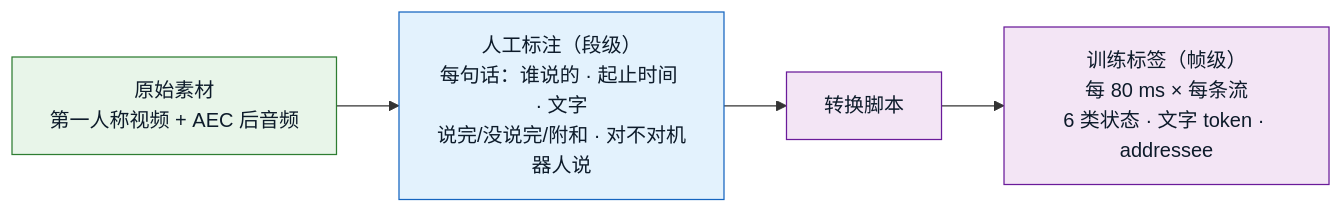
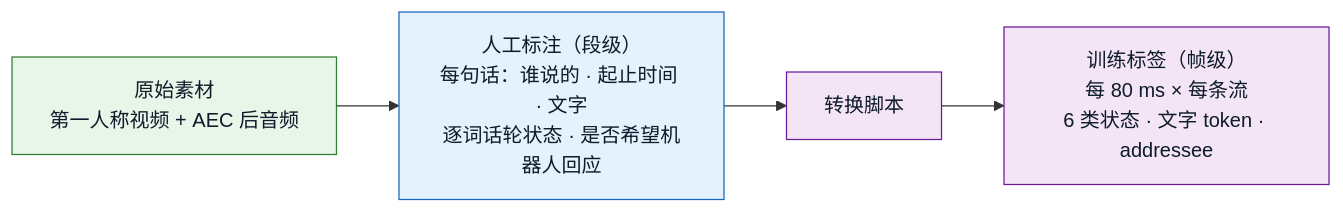
The first of 3 diagrams in AV-SemanticVAD/docs/plan/dataset.md (yutian929/SemanticVAD), drawn with Mermaid before and after one commit. The commit also changed other lines of this file and 1 other file, not shown here.

````diff
--- a/AV-SemanticVAD/docs/plan/dataset.md
+++ b/AV-SemanticVAD/docs/plan/dataset.md
@@ -31,9 +33,9 @@
 ```mermaid
 flowchart LR
     classDef raw fill:#e8f5e9,stroke:#2e7d32,color:#0d1b2a;
     classDef ann fill:#e3f2fd,stroke:#1565c0,color:#0d1b2a;
     classDef tr  fill:#f3e5f5,stroke:#6a1b9a,color:#0d1b2a;
 
-    RAW["原始素材<br/>第一人称视频 + AEC 后音频"]:::raw --> ANN["人工标注（段级）<br/>每句话：谁说的 · 起止时间 · 文字<br/>说完/没说完/附和 · 对不对机器人说"]:::ann
+    RAW["原始素材<br/>第一人称视频 + AEC 后音频"]:::raw --> ANN["人工标注（段级）<br/>每句话：谁说的 · 起止时间 · 文字<br/>逐词话轮状态 · 是否希望机器人回应"]:::ann
     ANN --> CONV["转换脚本"]:::tr --> FRAME["训练标签（帧级）<br/>每 80 ms × 每条流<br/>6 类状态 · 文字 token · addressee"]:::tr
 ```
````
